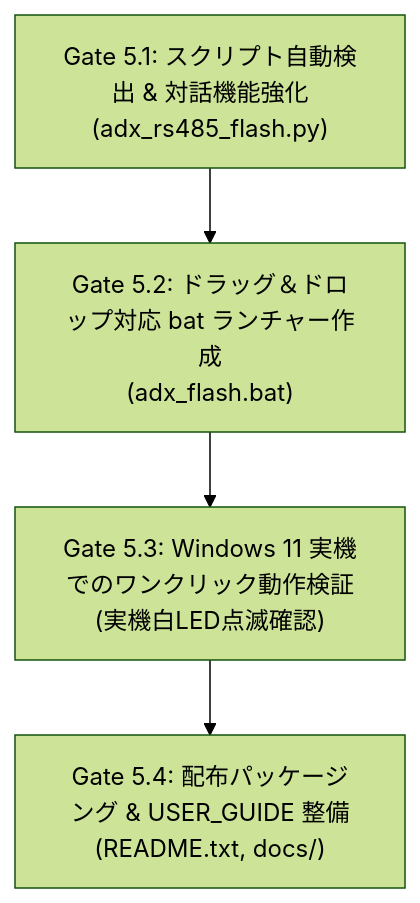
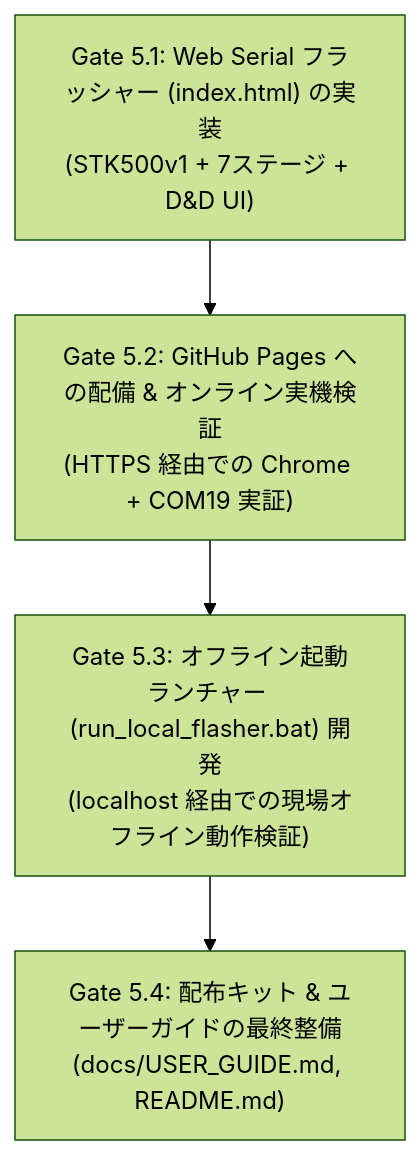
The second of 2 diagrams in firmware/bootloader/OneToOne_RS485/records/M5_packaging/plan.md (Masafuro/ADX), drawn with Mermaid (forest theme) before and after one commit. The commit also changed other lines of this file and 3 other files, not shown here.

Commit message:
feat(bootloader): add Web Serial flasher (Gate 5.1) and deploy to docs/flasher for GitHub Pages

````diff
--- a/firmware/bootloader/OneToOne_RS485/records/M5_packaging/plan.md
+++ b/firmware/bootloader/OneToOne_RS485/records/M5_packaging/plan.md
@@ -52,9 +102,9 @@
 ```mermaid
 flowchart TD
-    Gate5_1["Gate 5.1: スクリプト自動検出 & 対話機能強化<br/>(adx_rs485_flash.py)"]
-    Gate5_2["Gate 5.2: ドラッグ＆ドロップ対応 bat ランチャー作成<br/>(adx_flash.bat)"]
-    Gate5_3["Gate 5.3: Windows 11 実機でのワンクリック動作検証<br/>(実機白LED点滅確認)"]
-    Gate5_4["Gate 5.4: 配布パッケージング & USER_GUIDE 整備<br/>(README.txt, docs/)"]
+    Gate5_1["Gate 5.1: Web Serial フラッシャー (index.html) の実装<br/>(STK500v1 + 7ステージ + D&D UI)"]
+    Gate5_2["Gate 5.2: GitHub Pages への配備 & オンライン実機検証<br/>(HTTPS 経由での Chrome + COM19 実証)"]
+    Gate5_3["Gate 5.3: オフライン起動ランチャー (run_local_flasher.bat) 開発<br/>(localhost 経由での現場オフライン動作検証)"]
+    Gate5_4["Gate 5.4: 配布キット & ユーザーガイドの最終整備<br/>(docs/USER_GUIDE.md, README.md)"]
 
     Gate5_1 --> Gate5_2 --> Gate5_3 --> Gate5_4
 ```
````
